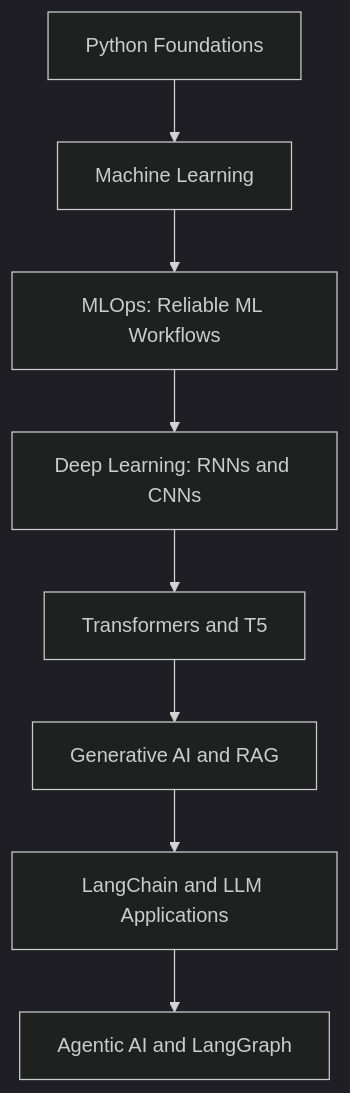
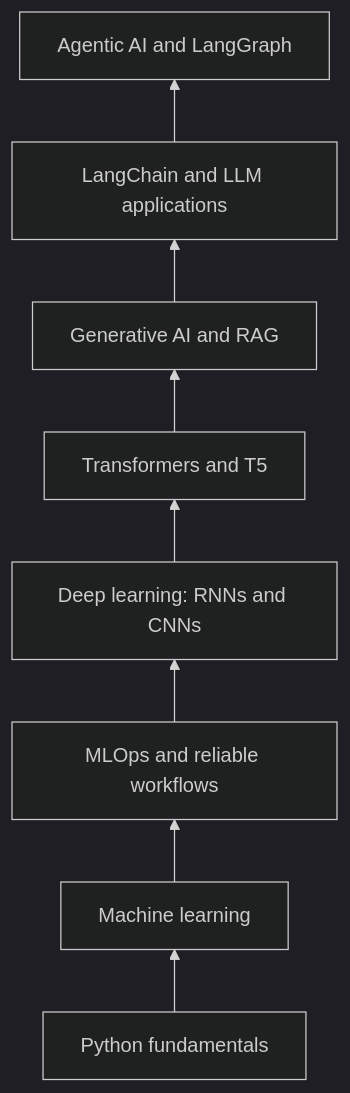
One commit to sanjibanidash/sanjibanidash changed the diagram in README.md.md. Above: the diagram before and after it, drawn with Mermaid (dark theme). The commit also changed other lines of this file, not shown here.

````diff
--- a/README.md.md
+++ b/README.md.md
@@ -115,10 +89,10 @@
 ```mermaid
-flowchart TD
-    A["Python Foundations"] --> B["Machine Learning"]
-    B --> C["MLOps: Reliable ML Workflows"]
-    C --> D["Deep Learning: RNNs and CNNs"]
+flowchart BT
+    A["Python fundamentals"] --> B["Machine learning"]
+    B --> C["MLOps and reliable workflows"]
+    C --> D["Deep learning: RNNs and CNNs"]
     D --> E["Transformers and T5"]
     E --> F["Generative AI and RAG"]
-    F --> G["LangChain and LLM Applications"]
+    F --> G["LangChain and LLM applications"]
     G --> H["Agentic AI and LangGraph"]
 ```
````
